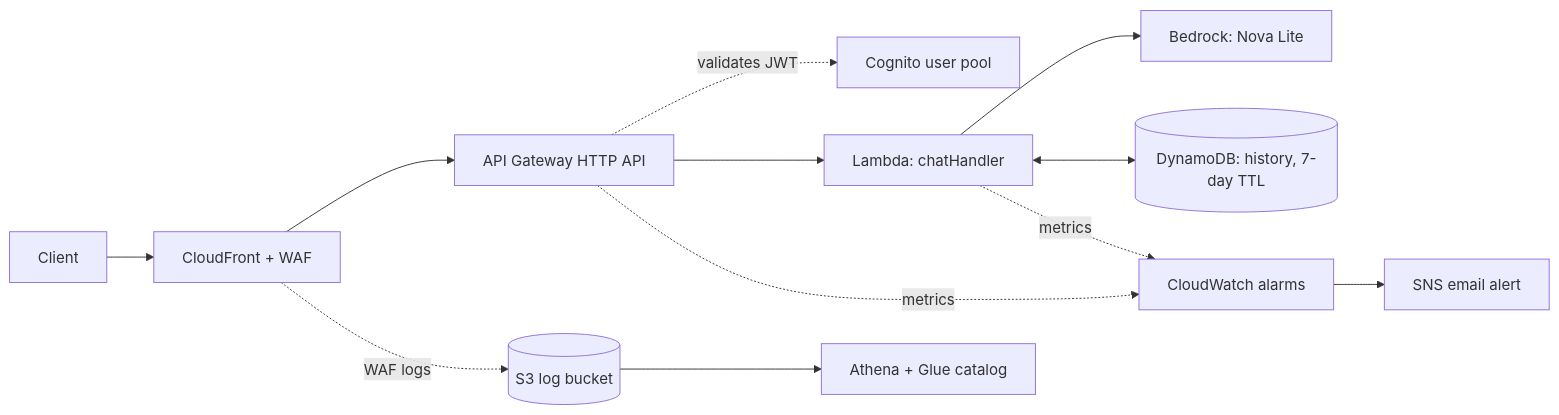
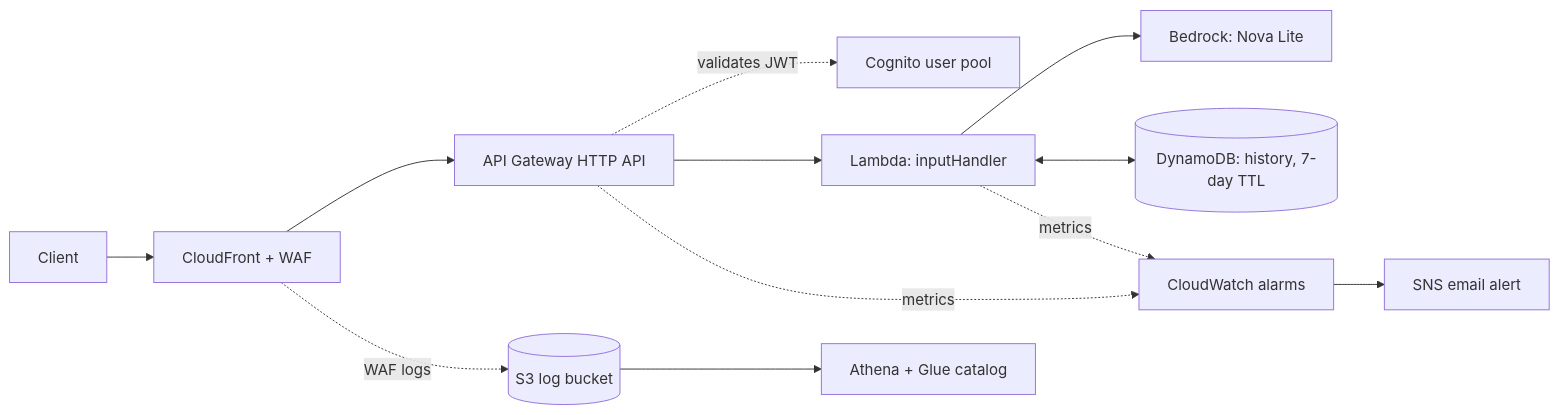
One commit to aidannguyen418/AWS-Structure changed the diagram in README.md. Above: the diagram before and after it, drawn with Mermaid. The commit also changed other lines of this file, not shown here.

````diff
--- a/README.md
+++ b/README.md
@@ -22,14 +23,14 @@
 ```mermaid
 flowchart LR
   U["Client"] --> CF["CloudFront + WAF"]
   CF --> APIGW["API Gateway HTTP API"]
   APIGW -. "validates JWT" .-> COG["Cognito user pool"]
-  APIGW --> L["Lambda: chatHandler"]
+  APIGW --> L["Lambda: inputHandler"]
   L --> BR["Bedrock: Nova Lite"]
   L <--> DDB[("DynamoDB: history, 7-day TTL")]
   CF -. "WAF logs" .-> S3[("S3 log bucket")]
   S3 --> ATH["Athena + Glue catalog"]
   L -. "metrics" .-> CW["CloudWatch alarms"]
   APIGW -. "metrics" .-> CW
   CW --> SNS["SNS email alert"]
 ```
````
